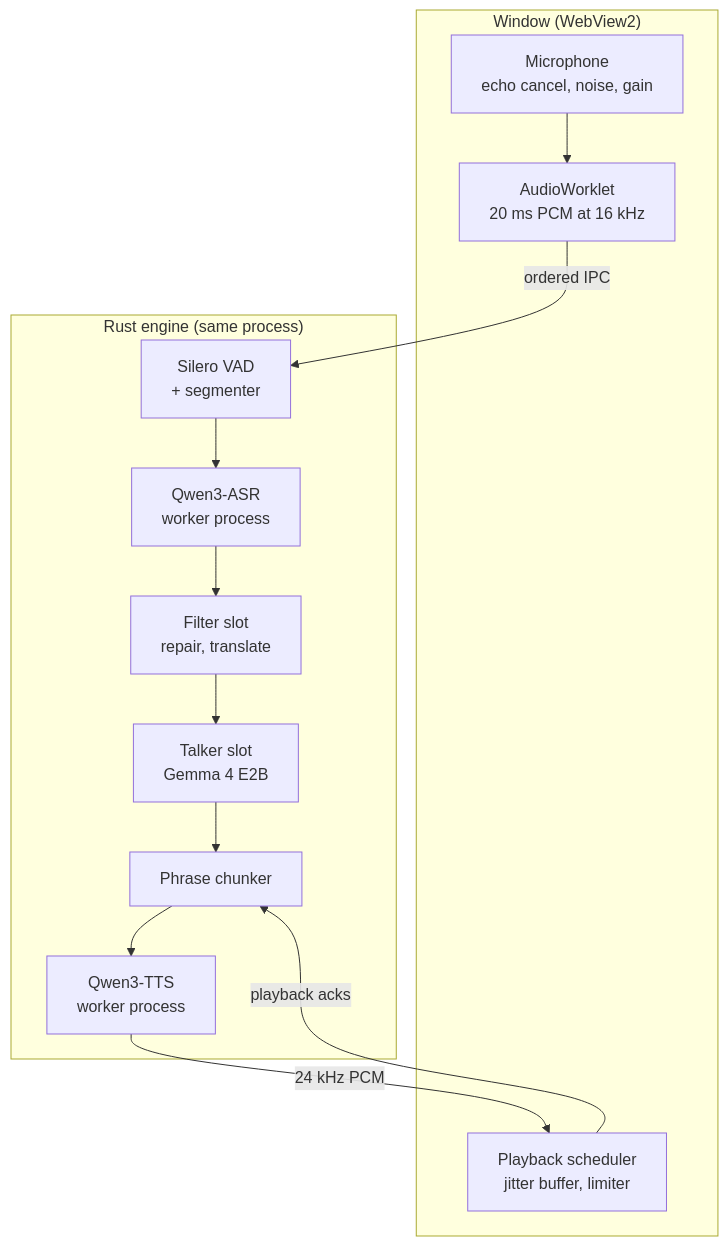
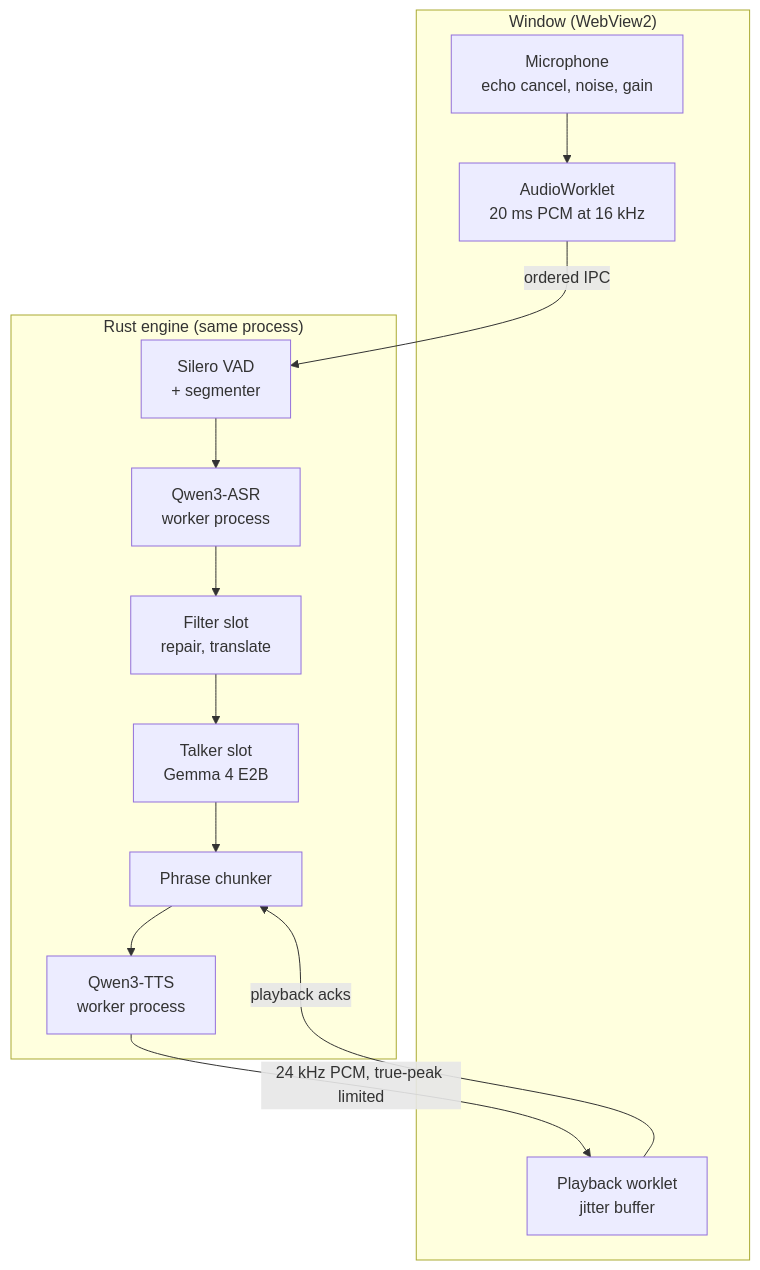
Before and after one commit to AryThakar/zen: the diagram in README.md, drawn with Mermaid. The commit also changed other lines of this file and 58 other files, not shown here.

````diff
--- a/README.md
+++ b/README.md
@@ -95,17 +104,17 @@
 ```mermaid
 flowchart TB
     subgraph W["Window (WebView2)"]
         MIC["Microphone<br/>echo cancel, noise, gain"] --> WL["AudioWorklet<br/>20 ms PCM at 16 kHz"]
-        PB["Playback scheduler<br/>jitter buffer, limiter"]
+        PB["Playback worklet<br/>jitter buffer"]
     end
     subgraph E["Rust engine (same process)"]
         VAD["Silero VAD<br/>+ segmenter"] --> ASR["Qwen3-ASR<br/>worker process"]
         ASR --> FIL["Filter slot<br/>repair, translate"]
         FIL --> TALK["Talker slot<br/>Gemma 4 E2B"]
         TALK --> CH["Phrase chunker"]
         CH --> TTS["Qwen3-TTS<br/>worker process"]
     end
     WL -->|"ordered IPC"| VAD
-    TTS -->|"24 kHz PCM"| PB
+    TTS -->|"24 kHz PCM, true-peak limited"| PB
     PB -->|"playback acks"| CH
 ```
````
